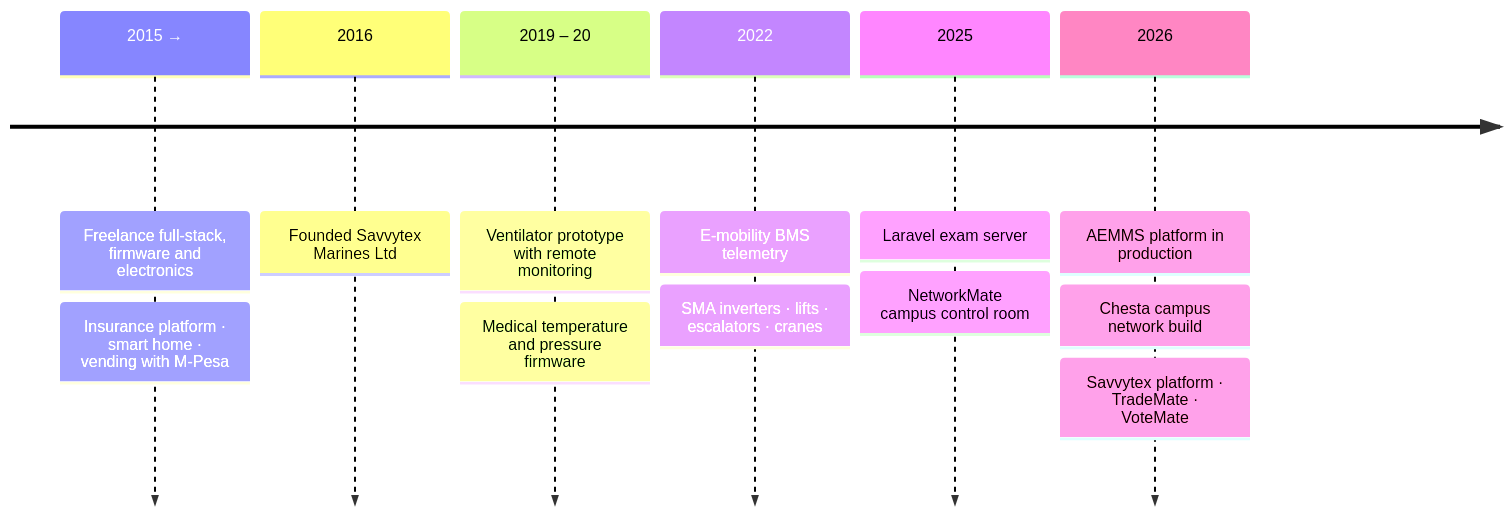
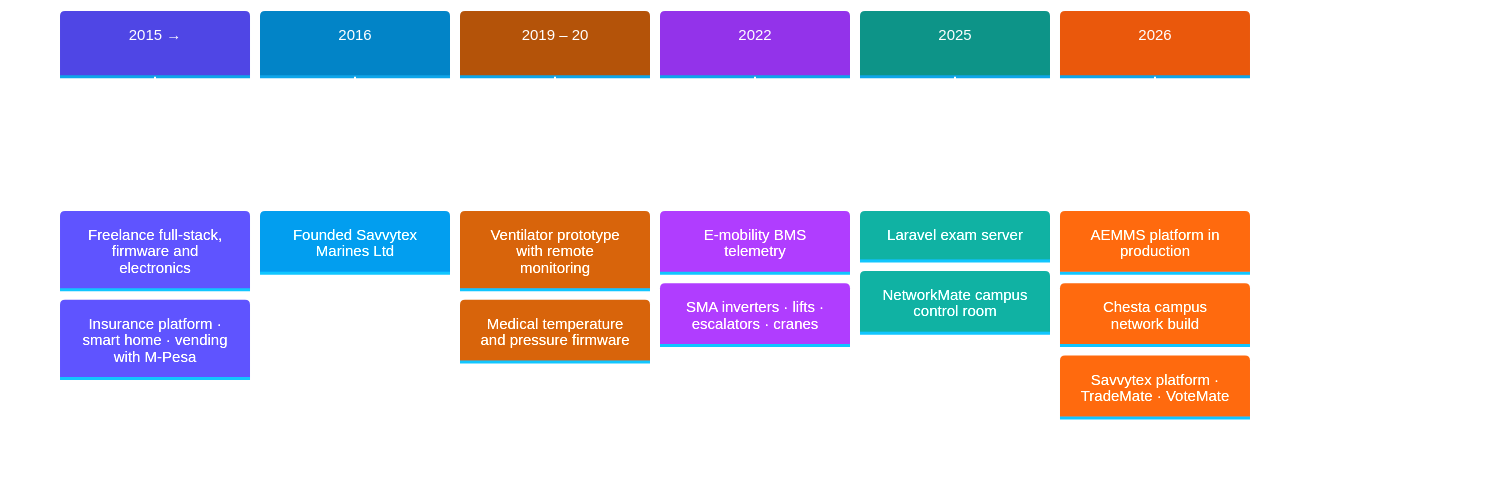
Before and after one commit to flowser/flowser: the sixth of 7 diagrams in README.md, drawn with Mermaid. The commit also changed other lines of this file, not shown here.

Commit message:
Fix timeline theme line; process diagram in two rows

````diff
--- a/README.md
+++ b/README.md
@@ -420,16 +420,16 @@
 ```mermaid
-%%{init: {'theme':'base','themeVariables':{'fontSize':'15px','primaryColor':'#4f46e5','primaryTextColor':'#ffffff','primaryBorderColor':'#a5b4fc','lineColor':'#0ea5e9','titleColor':'#0ea5e9','cScale0':'#4f46e5','cScale1':'#0284c7','cScale2':'#b45309','cScale3':'#9333ea','cScale4':'#0d9488','cScale5':'#ea580c','cScaleLabel0':'#ffffff','cScaleLabel1':'#ffffff','cScaleLabel2':'#ffffff','cScaleLabel3':'#ffffff','cScaleLabel4':'#ffffff','cScaleLabel5':'#ffffff','cScaleInv0':'#0ea5e9','cScaleInv1':'#0ea5e9','cScaleInv2':'#0ea5e9','cScaleInv3':'#0ea5e9','cScaleInv4':'#0ea5e9','cScaleInv5':'#0ea5e9'}}%%
+%%{init: {'theme':'base','themeVariables':{'fontSize':'15px','primaryColor':'#4f46e5','primaryTextColor':'#ffffff','primaryBorderColor':'#a5b4fc','lineColor':'#0ea5e9','titleColor':'#0ea5e9','cScale0':'#4f46e5','cScale1':'#0284c7','cScale2':'#b45309','cScale3':'#9333ea','cScale4':'#0d9488','cScale5':'#ea580c','cScaleLabel0':'#ffffff','cScaleLabel1':'#ffffff','cScaleLabel2':'#ffffff','cScaleLabel3':'#ffffff','cScaleLabel4':'#ffffff','cScaleLabel5':'#ffffff','cScaleInv0':'#0ea5e9','cScaleInv1':'#0ea5e9','cScaleInv2':'#0ea5e9','cScaleInv3':'#0ea5e9','cScaleInv4':'#0ea5e9','cScaleInv5':'#0ea5e9'}}}%%
 timeline
   2015 → : Freelance full-stack, firmware and electronics
        : Insurance platform · smart home · vending with M-Pesa
   2016 : Founded Savvytex Marines Ltd
   2019 – 20 : Ventilator prototype with remote monitoring
        : Medical temperature and pressure firmware
   2022 : E-mobility BMS telemetry
        : SMA inverters · lifts · escalators · cranes
   2025 : Laravel exam server
        : NetworkMate campus control room
   2026 : AEMMS platform in production
        : Chesta campus network build
        : Savvytex platform · TradeMate · VoteMate
 ```
````
